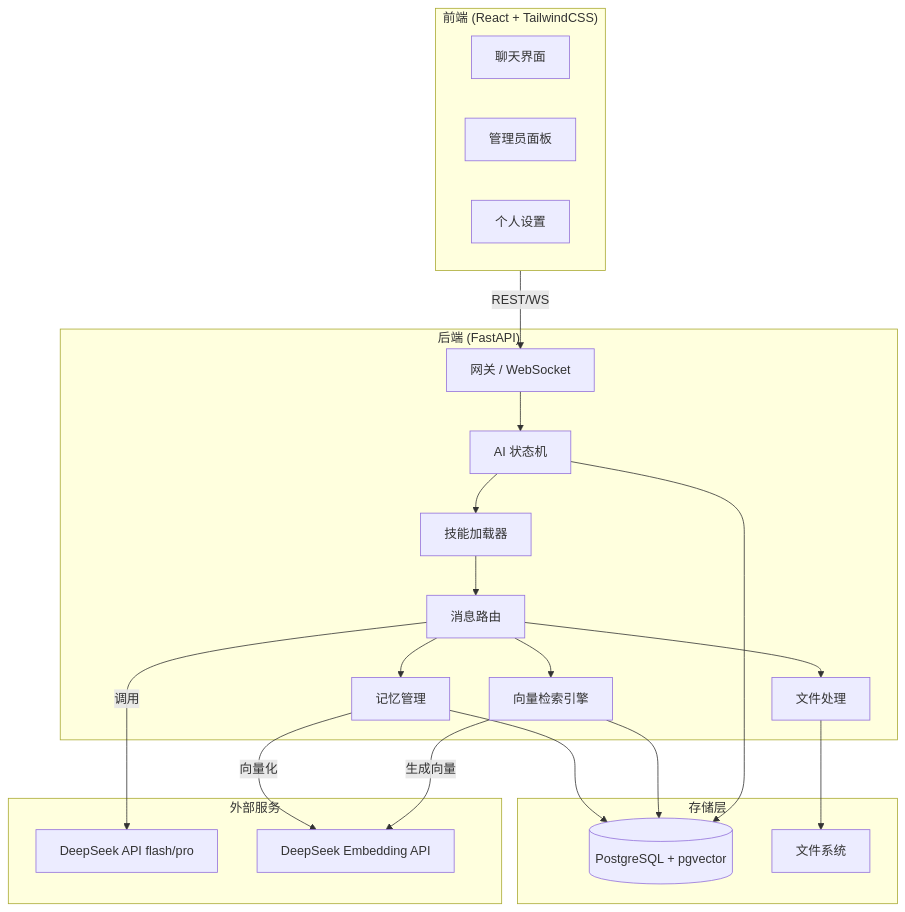
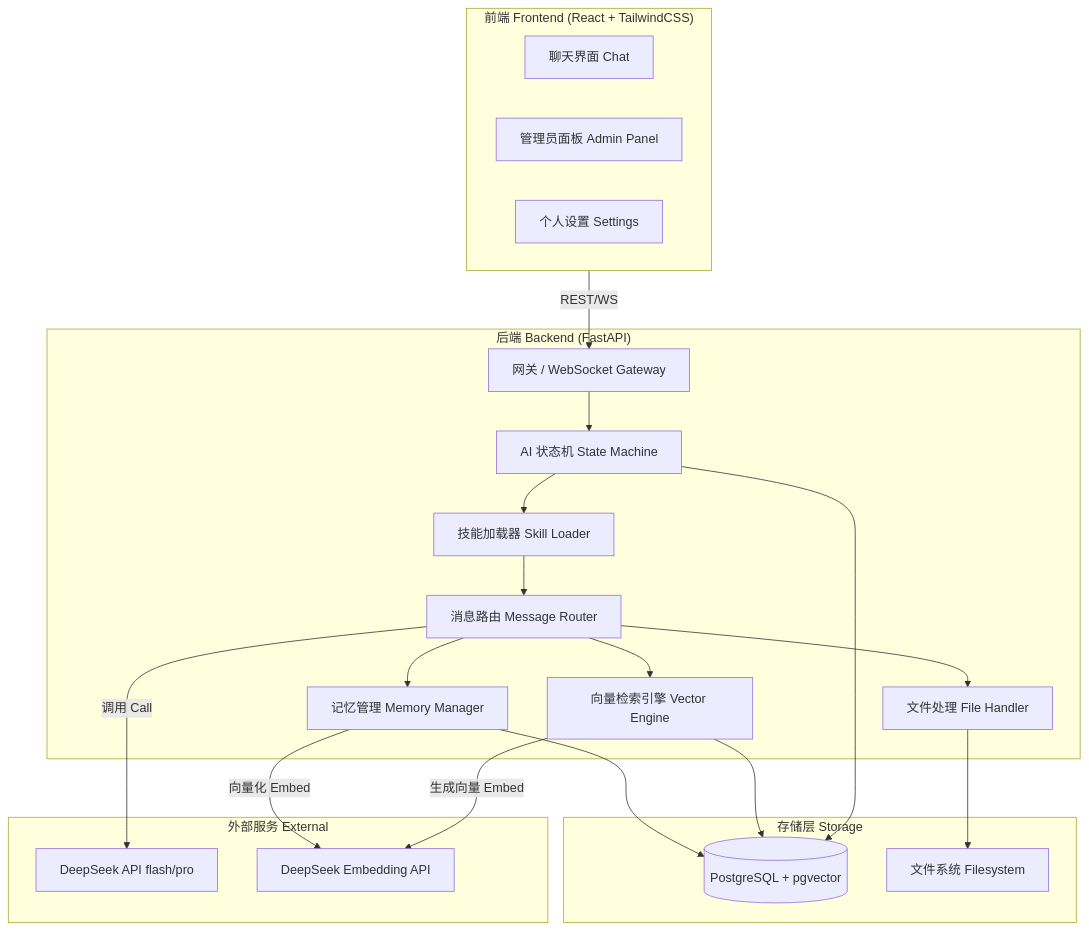
Before and after one commit to ShuAICFR/AIsChat: the diagram in cpec.md, drawn with Mermaid. The commit also changed other lines of this file and 2 other files, not shown here.

````diff
--- a/cpec.md
+++ b/cpec.md
@@ -55,41 +82,41 @@
 ```mermaid
 flowchart TB
-    subgraph Frontend["前端 (React + TailwindCSS)"]
-        Chat[聊天界面]
-        Admin[管理员面板]
-        Settings[个人设置]
+    subgraph Frontend["前端 Frontend (React + TailwindCSS)"]
+        Chat[聊天界面 Chat]
+        Admin[管理员面板 Admin Panel]
+        Settings[个人设置 Settings]
     end
 
-    subgraph Backend["后端 (FastAPI)"]
-        Gateway[网关 / WebSocket]
-        StateMachine[AI 状态机]
-        SkillLoader[技能加载器]
-        MessageRouter[消息路由]
-        FileHandler[文件处理]
-        VectorEngine[向量检索引擎]
-        MemoryManager[记忆管理]
+    subgraph Backend["后端 Backend (FastAPI)"]
+        Gateway[网关 / WebSocket Gateway]
+        StateMachine[AI 状态机 State Machine]
+        SkillLoader[技能加载器 Skill Loader]
+        MessageRouter[消息路由 Message Router]
+        FileHandler[文件处理 File Handler]
+        VectorEngine[向量检索引擎 Vector Engine]
+        MemoryManager[记忆管理 Memory Manager]
     end
 
-    subgraph Storage["存储层"]
+    subgraph Storage["存储层 Storage"]
         PG[(PostgreSQL + pgvector)]
-        FS[文件系统]
+        FS[文件系统 Filesystem]
     end
 
-    subgraph External["外部服务"]
+    subgraph External["外部服务 External"]
         LLM[DeepSeek API flash/pro]
         Embed[DeepSeek Embedding API]
     end
 
     Frontend -->|REST/WS| Gateway
     Gateway --> StateMachine --> SkillLoader --> MessageRouter
     MessageRouter --> VectorEngine
     MessageRouter --> MemoryManager
     MessageRouter --> FileHandler
     StateMachine --> PG
     VectorEngine --> PG
     MemoryManager --> PG
     FileHandler --> FS
-    MessageRouter -->|调用| LLM
-    VectorEngine -->|生成向量| Embed
-    MemoryManager -->|向量化| Embed
+    MessageRouter -->|调用 Call| LLM
+    VectorEngine -->|生成向量 Embed| Embed
+    MemoryManager -->|向量化 Embed| Embed
 ```
````
